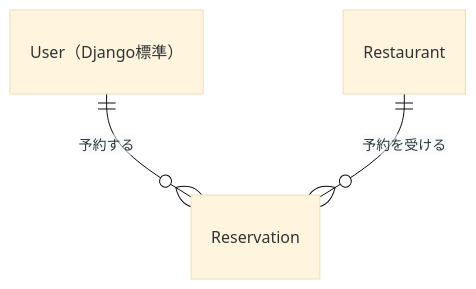
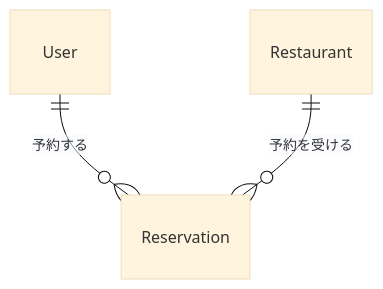
One commit to shimodum/restaurant-reservation-app changed the diagram in README.md. Above: the diagram before and after it, drawn with Mermaid (base theme). The commit also changed other lines of this file and 1 other file, not shown here.

Commit message:
Fix ER diagram labels in documentation

````diff
--- a/README.md
+++ b/README.md
@@ -76,8 +76,8 @@
 ```mermaid
 erDiagram
     User ||--o{ Reservation : "予約する"
     Restaurant ||--o{ Reservation : "予約を受ける"
-    User["User（Django標準）"]
+    User["User"]
     Restaurant["Restaurant"]
     Reservation["Reservation"]
 ```
````
